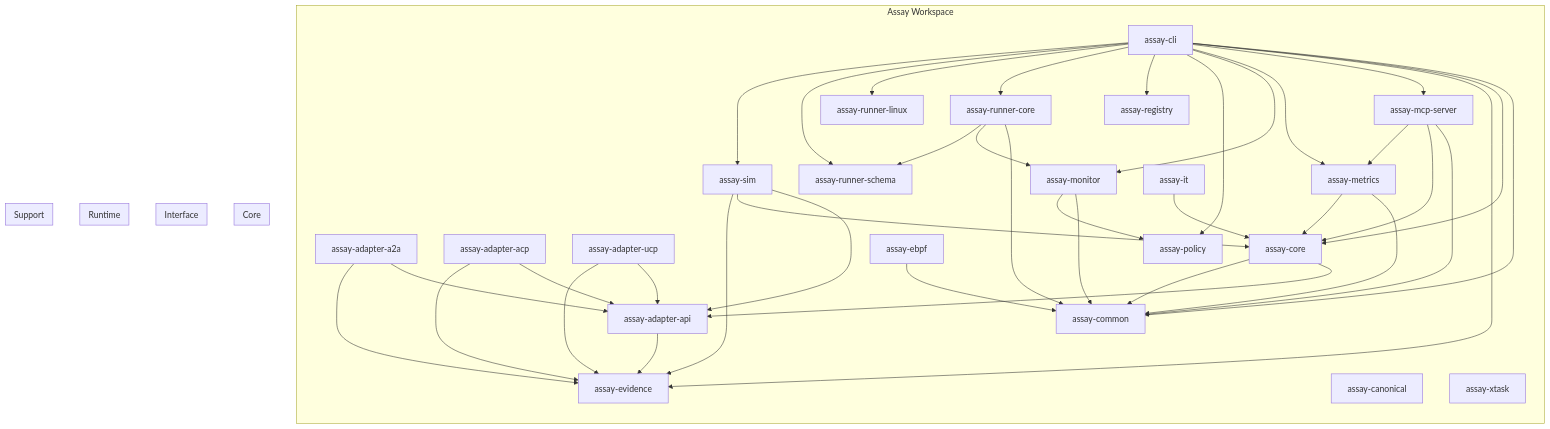
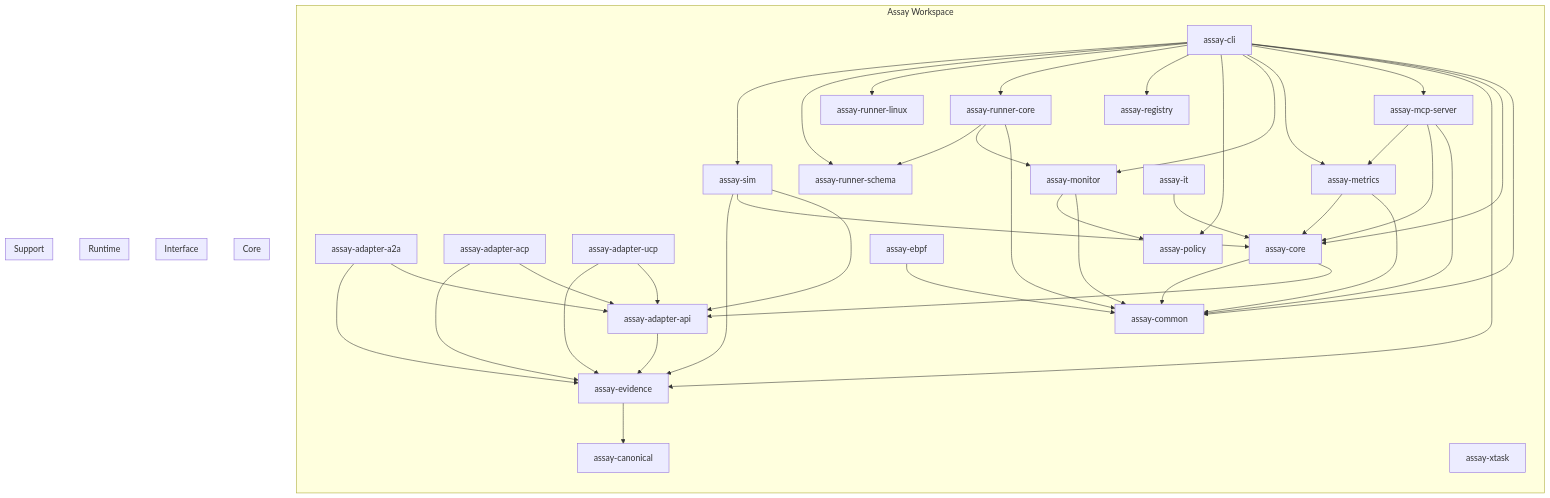
One commit to Rul1an/assay changed diagram 23 of 24 in docs/AIcontext/architecture-diagrams.md. Above: the diagram before and after it, drawn with Mermaid. The commit also changed 1 other file, not shown here.

Commit message:
docs: auto-update diagrams and crate info (#1740)

```diff
--- a/docs/AIcontext/architecture-diagrams.md
+++ b/docs/AIcontext/architecture-diagrams.md
@@ -874,6 +874,7 @@
     assay_core --> assay_adapter_api
     assay_core --> assay_common
     assay_ebpf --> assay_common
+    assay_evidence --> assay_canonical
     assay_it --> assay_core
     assay_mcp_server --> assay_common
     assay_mcp_server --> assay_core
```
